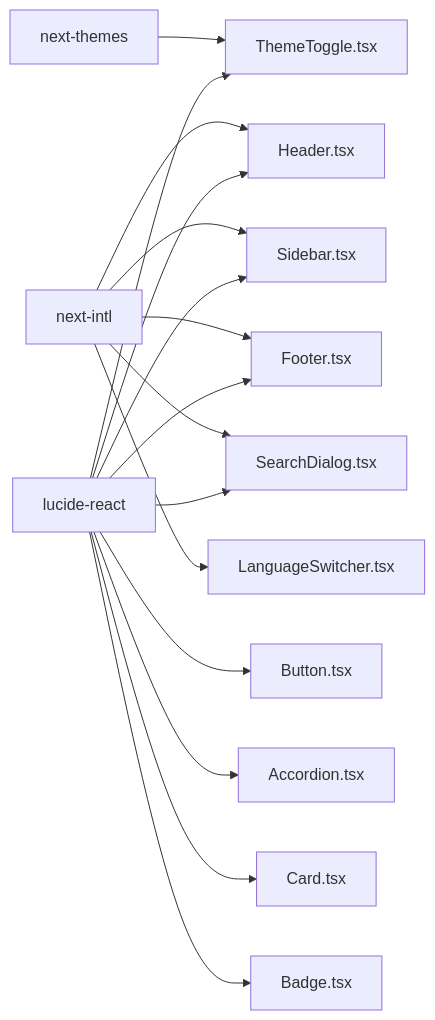
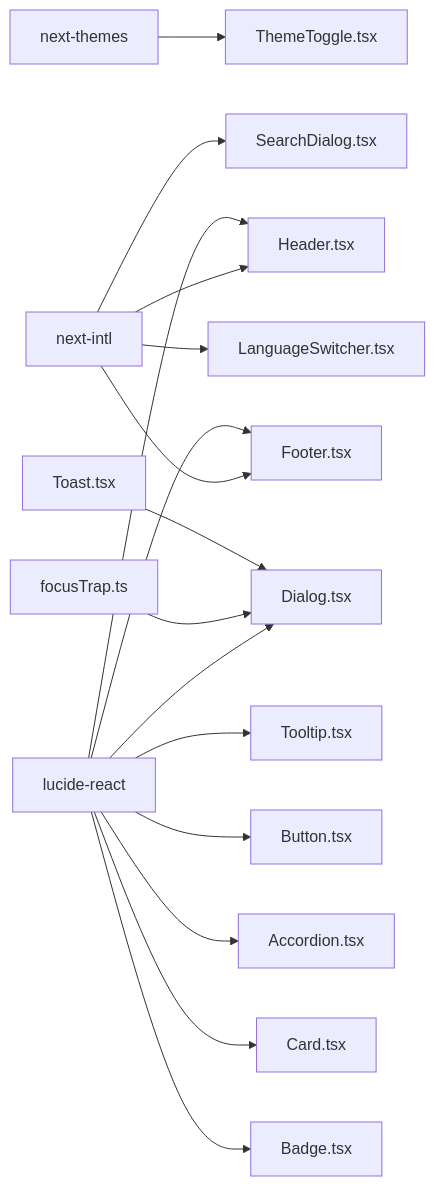
Before and after one commit to sgyy/privadeck: the sixth of 6 diagrams in .qoder/repowiki/zh/content/UI组件系统/UI组件系统.md, drawn with Mermaid. The commit also changed other lines of this file and 6 other files, not shown here.

````diff
--- a/.qoder/repowiki/zh/content/UI组件系统/UI组件系统.md
+++ b/.qoder/repowiki/zh/content/UI组件系统/UI组件系统.md
@@ -428,18 +513,18 @@
 ```mermaid
 graph LR
 NTP["next-themes"] --> TMT["ThemeToggle.tsx"]
 NTL["next-intl"] --> HDR["Header.tsx"]
-NTL --> SBD["Sidebar.tsx"]
 NTL --> FTR["Footer.tsx"]
 NTL --> SDI["SearchDialog.tsx"]
 NTL --> LSW["LanguageSwitcher.tsx"]
 LCR["lucide-react"] --> HDR
-LCR --> SBD
 LCR --> FTR
-LCR --> SDI
-LCR --> TMT
+LCR --> DLG["Dialog.tsx"]
+LCR --> TTP["Tooltip.tsx"]
 LCR --> BTN["Button.tsx"]
 LCR --> ACC["Accordion.tsx"]
 LCR --> CAR["Card.tsx"]
 LCR --> BAD["Badge.tsx"]
+FT["focusTrap.ts"] --> DLG
+TST["Toast.tsx"] --> DLG
 ```
````
